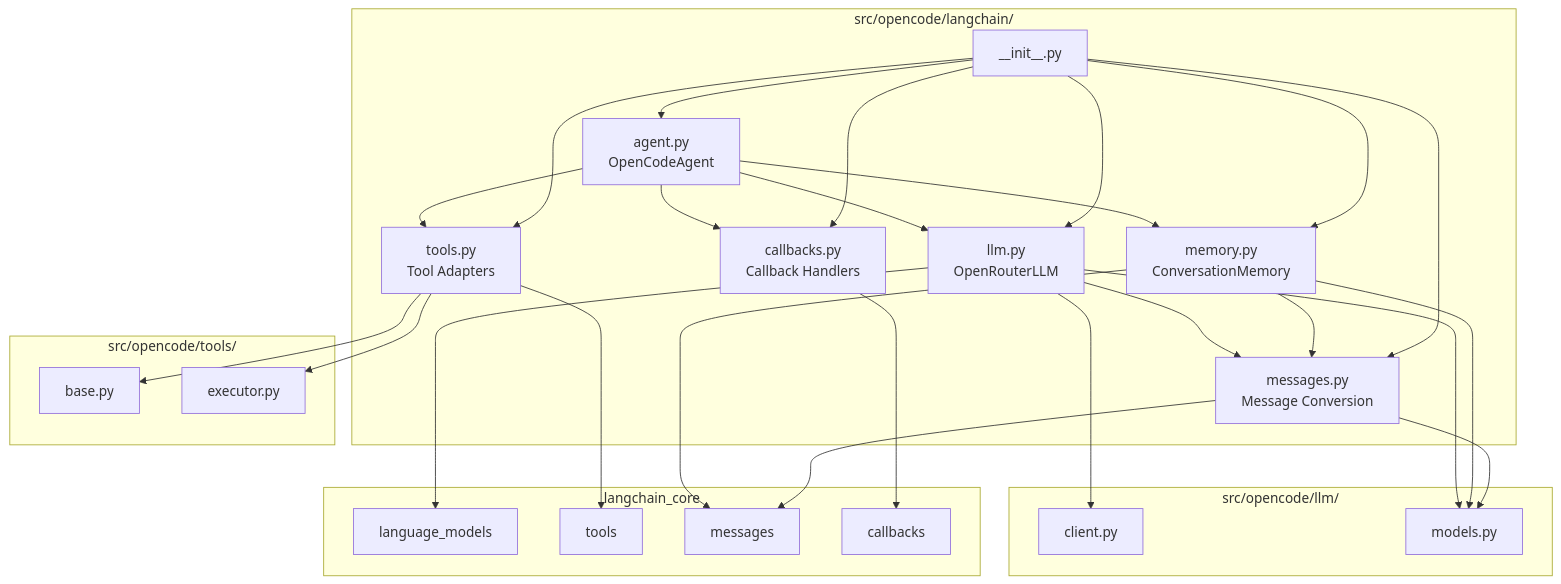
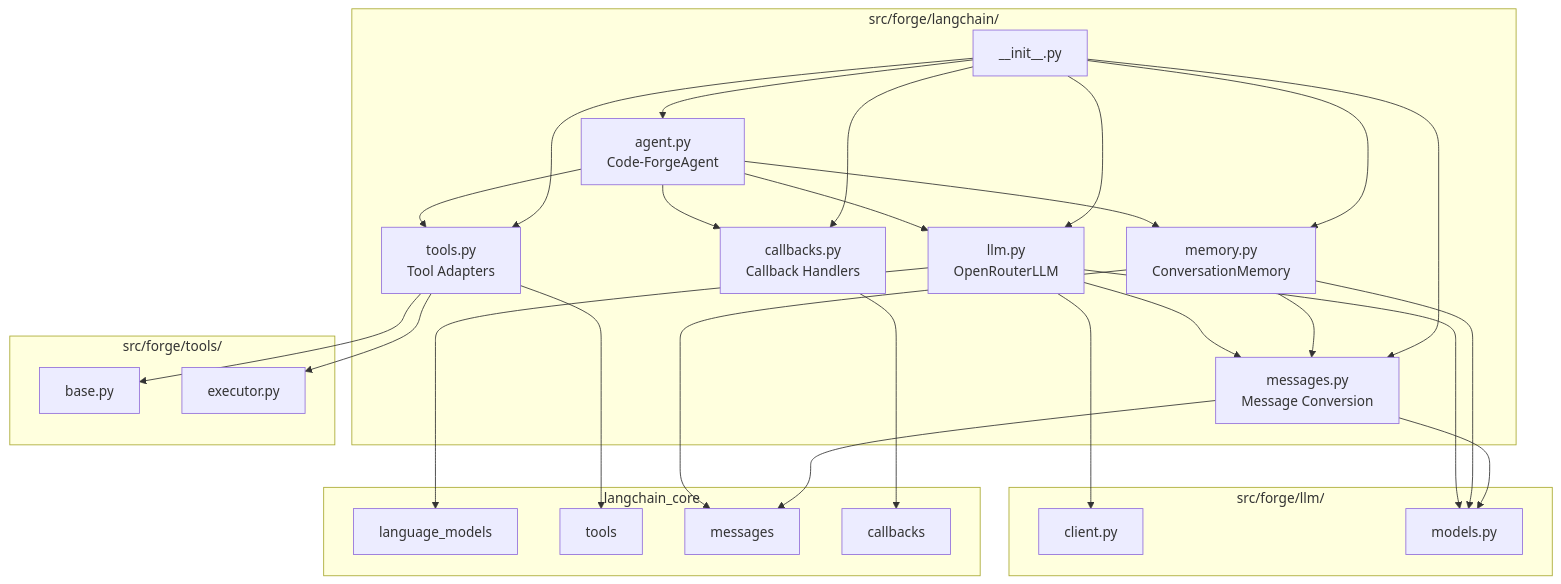
Before and after one commit to corey-rosamond/Code-Forge: diagram 11 of 14 in .ai/phase/3.2/UML.md, drawn with Mermaid. The commit also changed other lines of this file and 505 other files, not shown here.

First line of the commit message:
Rename project from OpenCode to Code-Forge

````diff
--- a/.ai/phase/3.2/UML.md
+++ b/.ai/phase/3.2/UML.md
@@ -469,59 +469,59 @@
 ```mermaid
 flowchart TB
-    subgraph LangChainPkg["src/opencode/langchain/"]
+    subgraph LangChainPkg["src/forge/langchain/"]
         INIT["__init__.py"]
         LLM["llm.py<br/>OpenRouterLLM"]
         TOOLS["tools.py<br/>Tool Adapters"]
         MEMORY["memory.py<br/>ConversationMemory"]
-        AGENT["agent.py<br/>OpenCodeAgent"]
+        AGENT["agent.py<br/>Code-ForgeAgent"]
         CALLBACKS["callbacks.py<br/>Callback Handlers"]
         MESSAGES["messages.py<br/>Message Conversion"]
     end
 
-    subgraph LLMPkg["src/opencode/llm/"]
+    subgraph LLMPkg["src/forge/llm/"]
         CLIENT["client.py"]
         MODELS["models.py"]
     end
 
-    subgraph ToolsPkg["src/opencode/tools/"]
+    subgraph ToolsPkg["src/forge/tools/"]
         BASE["base.py"]
         EXECUTOR["executor.py"]
     end
 
     subgraph LangChain["langchain_core"]
         LC_LLM["language_models"]
         LC_TOOLS["tools"]
         LC_MSG["messages"]
         LC_CB["callbacks"]
     end
 
     LLM --> CLIENT
     LLM --> MODELS
     LLM --> MESSAGES
     LLM --> LC_LLM
 
     TOOLS --> BASE
     TOOLS --> EXECUTOR
     TOOLS --> LC_TOOLS
 
     MEMORY --> MODELS
     MEMORY --> MESSAGES
     MEMORY --> LC_MSG
 
     AGENT --> LLM
     AGENT --> TOOLS
     AGENT --> MEMORY
     AGENT --> CALLBACKS
 
     CALLBACKS --> LC_CB
 
     MESSAGES --> MODELS
     MESSAGES --> LC_MSG
 
     INIT --> LLM
     INIT --> TOOLS
     INIT --> MEMORY
     INIT --> AGENT
     INIT --> CALLBACKS
     INIT --> MESSAGES
 ```
````
